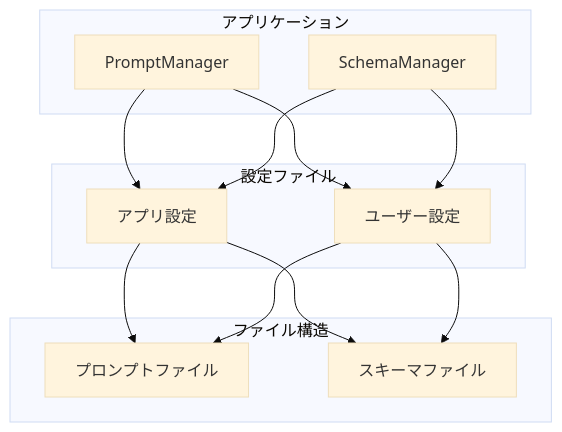
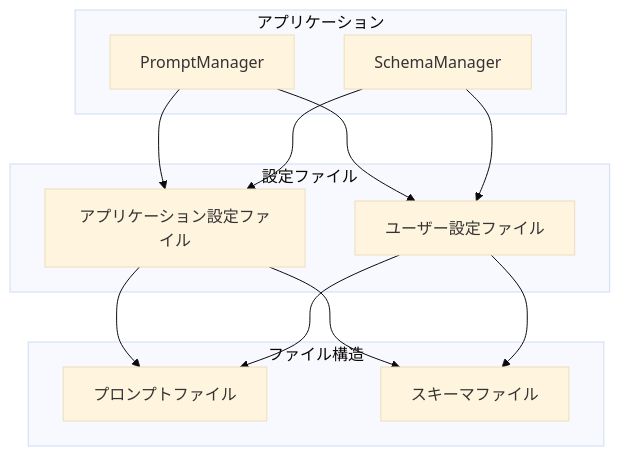
Before and after one commit to tettuan/breakdownconfig: the sixth of 6 diagrams in docs/development.ja.md, drawn with Mermaid (base theme). The commit also changed other lines of this file, not shown here.

````diff
--- a/docs/development.ja.md
+++ b/docs/development.ja.md
@@ -272,23 +272,23 @@
 ```mermaid
 graph TD
     subgraph アプリケーション
         A[PromptManager]
         B[SchemaManager]
     end
     subgraph 設定ファイル
-        C[アプリ設定]
-        D[ユーザー設定]
+        C[アプリケーション設定ファイル]
+        D[ユーザー設定ファイル]
     end
     subgraph ファイル構造
         E[プロンプトファイル]
         F[スキーマファイル]
     end
     A --> C
     A --> D
     B --> C
     B --> D
     C --> E
     C --> F
     D --> E
     D --> F
 ```
````
